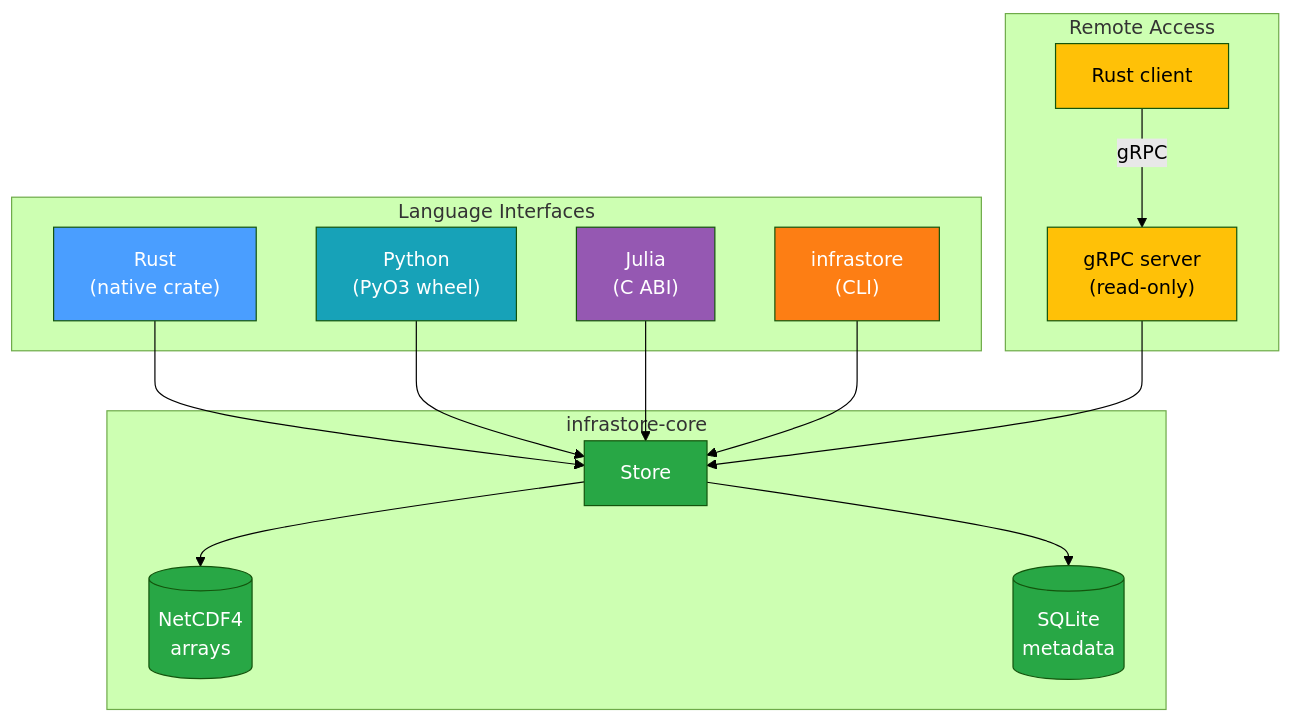
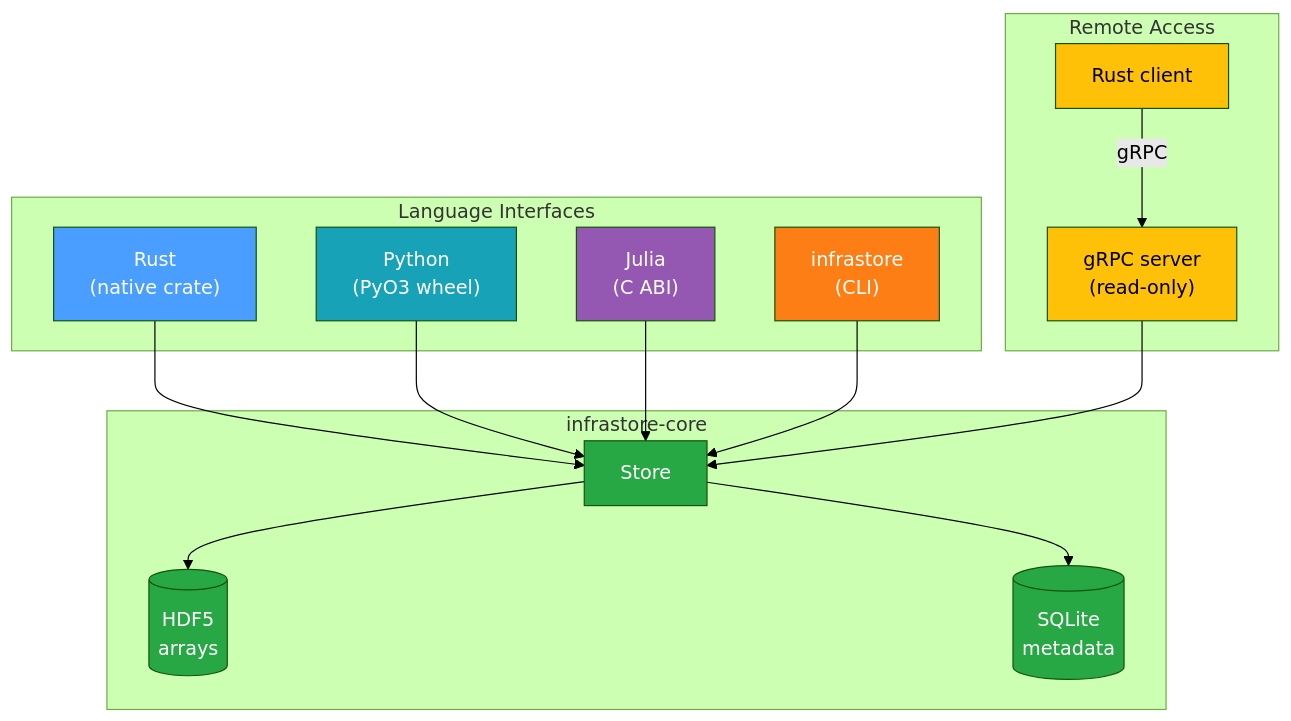
The diagram in docs/src/introduction.md (NatLabRockies/infrastore), drawn with Mermaid (forest theme) before and after one commit. The commit also changed other lines of this file and 85 other files, not shown here.

Commit message:
Fix NetCDF -> HDF5 naming references

````diff
--- a/docs/src/introduction.md
+++ b/docs/src/introduction.md
@@ -11,37 +11,37 @@
 ```mermaid
 flowchart TB
     subgraph clients["Language Interfaces"]
         RUST["Rust<br/>(native crate)"]
         PY["Python<br/>(PyO3 wheel)"]
         JL["Julia<br/>(C ABI)"]
         CLI["infrastore<br/>(CLI)"]
     end
 
     subgraph core["infrastore-core"]
         STORE["Store"]
-        STORE --> NC[("NetCDF4<br/>arrays")]
+        STORE --> NC[("HDF5<br/>arrays")]
         STORE --> SQL[("SQLite<br/>metadata")]
     end
 
     subgraph remote["Remote Access"]
         SRV["gRPC server<br/>(read-only)"]
         RC["Rust client"]
     end
 
     RUST --> STORE
     PY --> STORE
     JL --> STORE
     CLI --> STORE
     SRV --> STORE
     RC -->|"gRPC"| SRV
 
     style RUST fill:#4a9eff,color:#fff
     style PY fill:#17a2b8,color:#fff
     style JL fill:#9558b2,color:#fff
     style CLI fill:#fd7e14,color:#fff
     style STORE fill:#28a745,color:#fff
     style NC fill:#28a745,color:#fff
     style SQL fill:#28a745,color:#fff
     style SRV fill:#ffc107,color:#000
     style RC fill:#ffc107,color:#000
 ```
````
